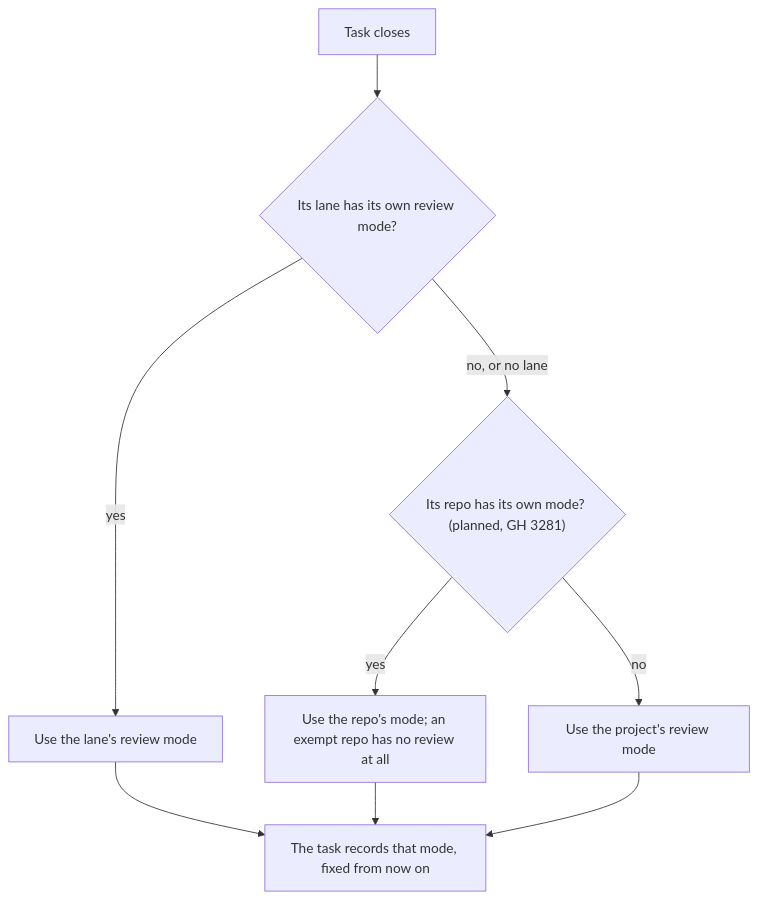
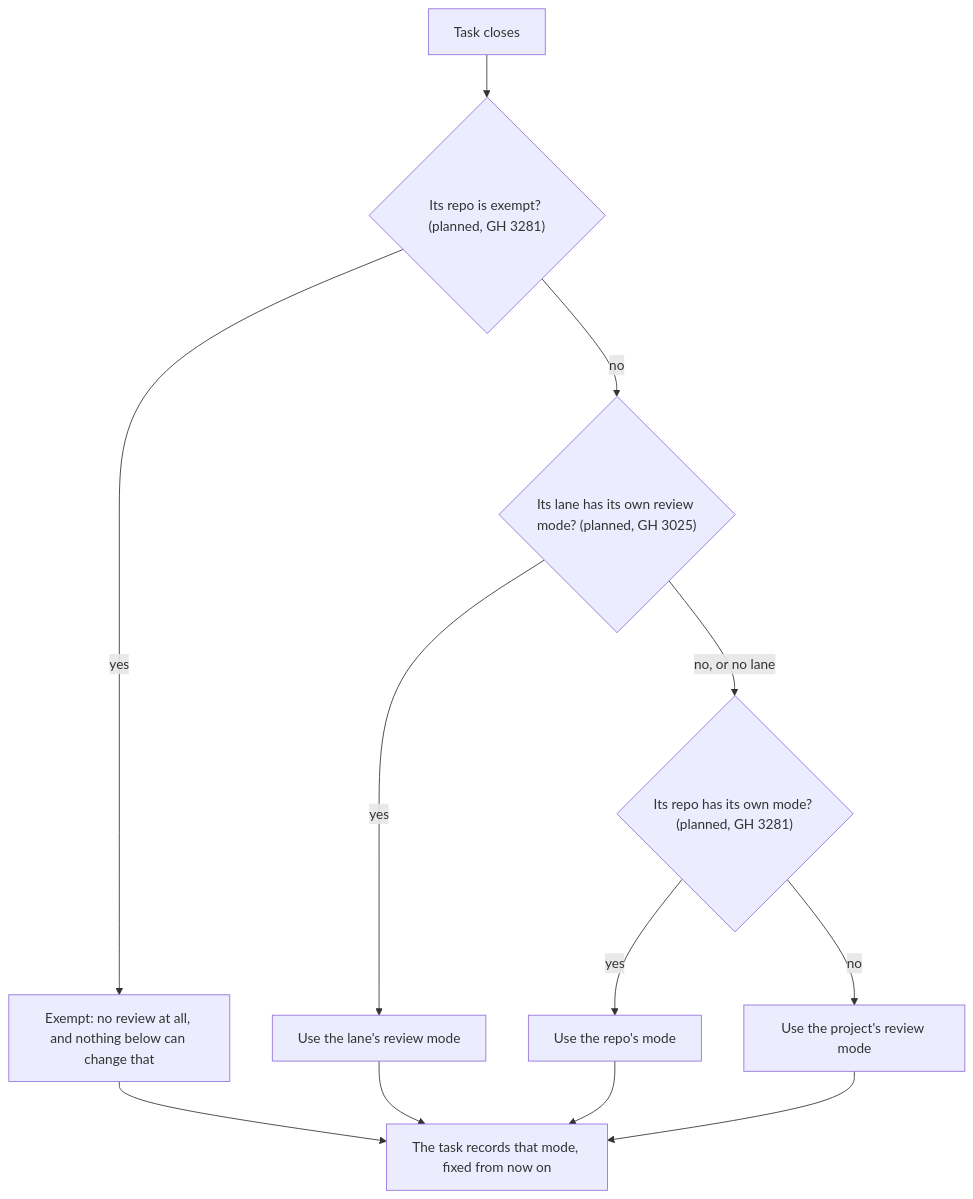
One commit to trustmybot/plugin changed the first of 8 diagrams in docs/architecture/AGILE.md. Above: the diagram before and after it, drawn with Mermaid. The commit also changed other lines of this file and 5 other files, not shown here.

First line of the commit message:
📝 docs(architecture): fix drift from a readiness review (GH 3260)

````diff
--- a/docs/architecture/AGILE.md
+++ b/docs/architecture/AGILE.md
@@ -22,11 +22,14 @@
 ```mermaid
 flowchart TD
-    A[Task closes] --> B{Its lane has its own review mode?}
+    A[Task closes] --> E{"Its repo is exempt? (planned, GH 3281)"}
+    E -- yes --> EX[Exempt: no review at all, and nothing below can change that]
+    E -- no --> B{"Its lane has its own review mode? (planned, GH 3025)"}
     B -- yes --> L[Use the lane's review mode]
     B -- no, or no lane --> R{"Its repo has its own mode? (planned, GH 3281)"}
-    R -- yes --> RM[Use the repo's mode; an exempt repo has no review at all]
+    R -- yes --> RM[Use the repo's mode]
     R -- no --> P[Use the project's review mode]
-    L --> T[The task records that mode, fixed from now on]
+    EX --> T[The task records that mode, fixed from now on]
+    L --> T
     RM --> T
     P --> T
 ```
````
